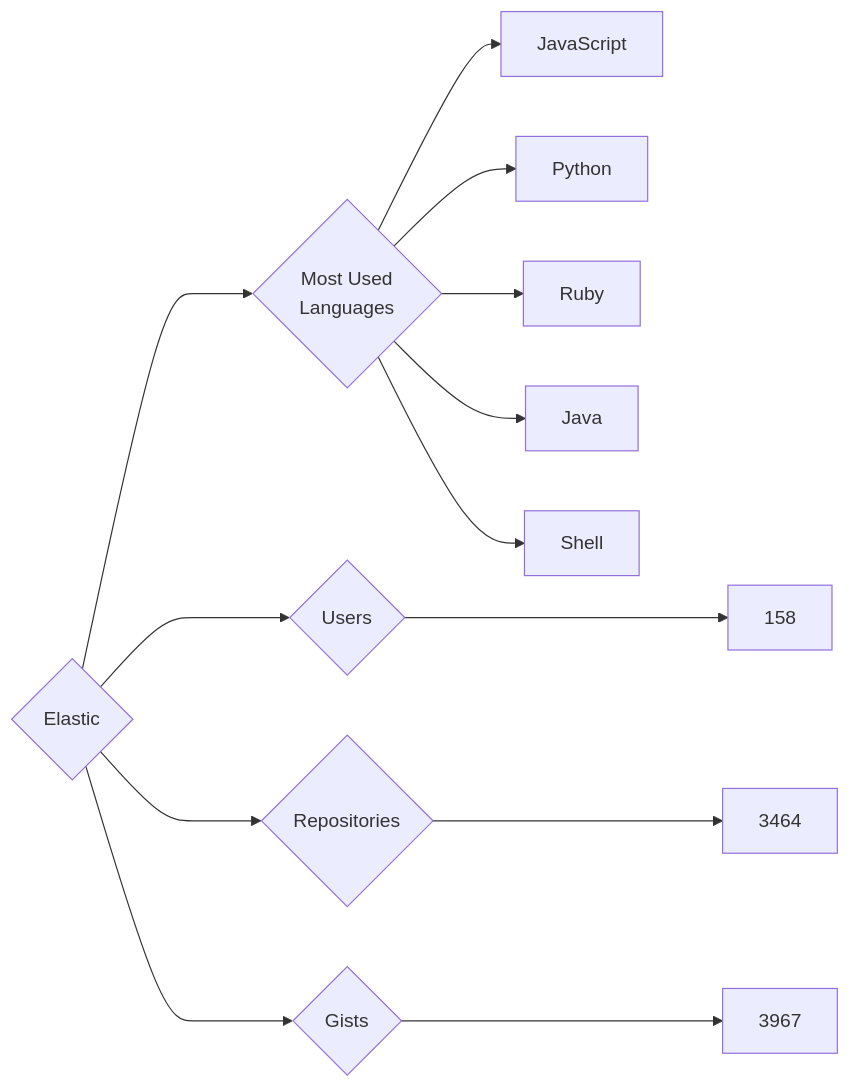
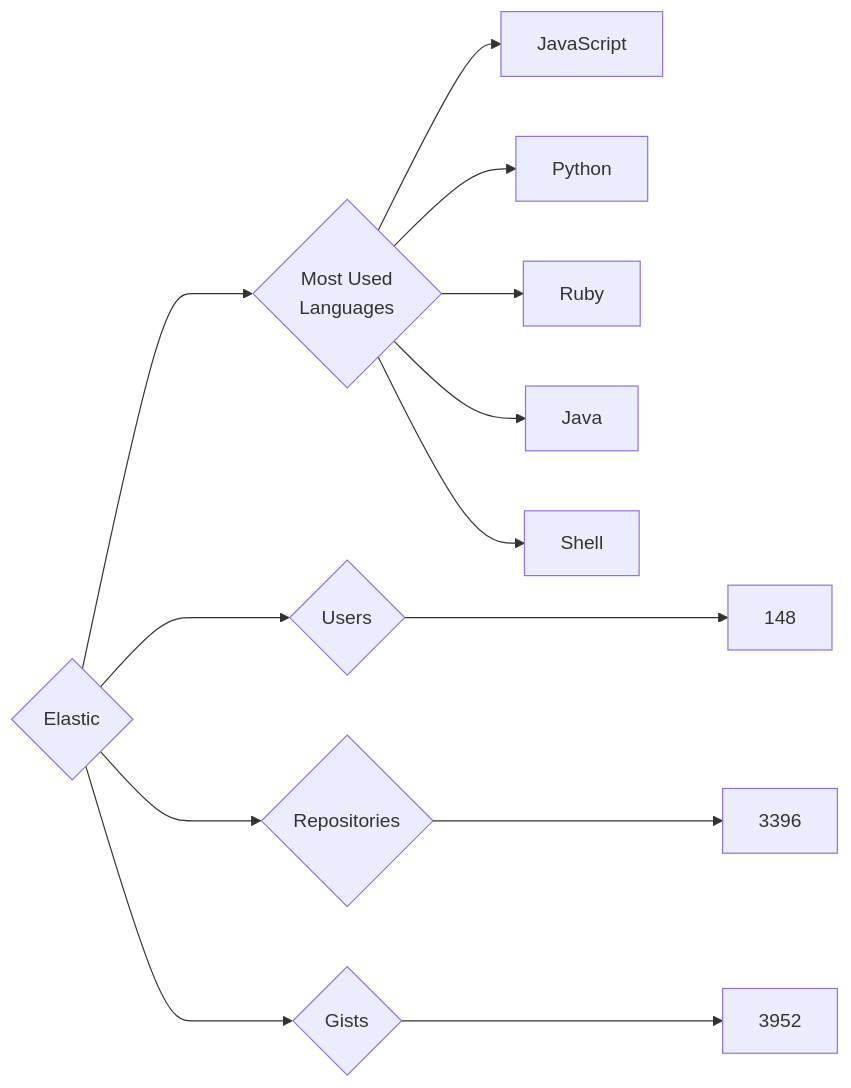
Before and after one commit to trickest/insiders: the diagram in targets/Elastic/README.md, drawn with Mermaid. The commit also changed 553 other files, not shown here.

````diff
--- a/targets/Elastic/README.md
+++ b/targets/Elastic/README.md
@@ -3,13 +3,13 @@
 ```mermaid
 graph LR
 COMPANY_NAME{Elastic}
-COMPANY_NAME ---> U{Users} ---> UN[158]
-COMPANY_NAME ---> R{Repositories} ---> RN[3464]
-COMPANY_NAME ---> G{Gists} ---> GN[3967]
+COMPANY_NAME ---> U{Users} ---> UN[148]
+COMPANY_NAME ---> R{Repositories} ---> RN[3396]
+COMPANY_NAME ---> G{Gists} ---> GN[3952]
 COMPANY_NAME ---> ML{Most Used<br>Languages}
 ML --> JavaScript[JavaScript]
 ML --> Python[Python]
 ML --> Ruby[Ruby]
 ML --> Java[Java]
 ML --> Shell[Shell]
 ```
````
